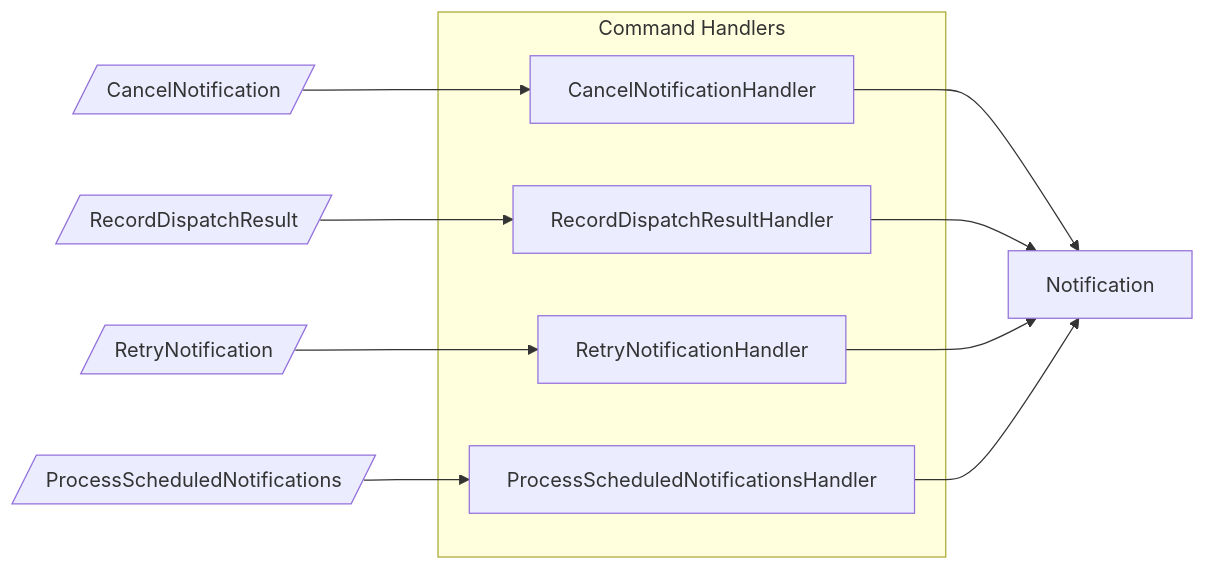
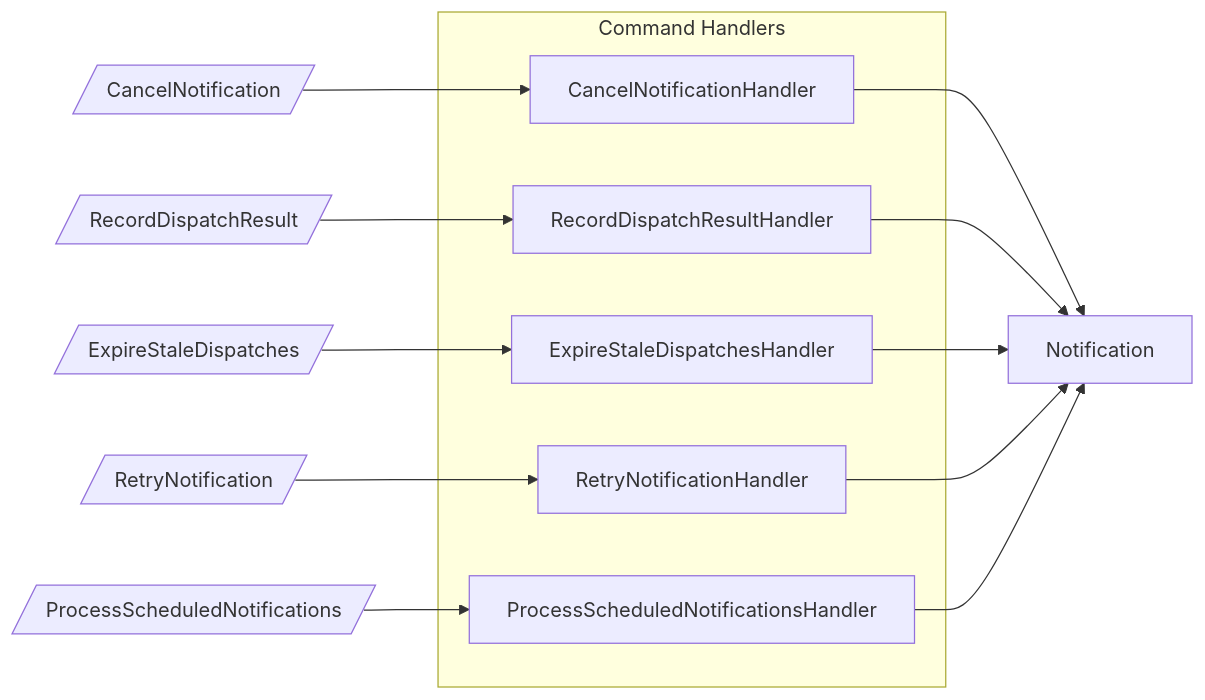
One commit to proteanhq/shopstream changed the first of 9 diagrams in docs/notifications/handler-wiring.md. Above: the diagram before and after it, drawn with Mermaid. The commit also changed other lines of this file and 61 other files, not shown here.

First line of the commit message:
Claim a notification before its send, and send retried notifications again (#130)

````diff
--- a/docs/notifications/handler-wiring.md
+++ b/docs/notifications/handler-wiring.md
@@ -3,17 +3,20 @@
 ```mermaid
 flowchart LR
     subgraph command_handlers["Command Handlers"]
         ch_notifications_notification_cancellation_CancelNotificationHandler[CancelNotificationHandler]
         ch_notifications_notification_dispatch_RecordDispatchResultHandler[RecordDispatchResultHandler]
+        ch_notifications_notification_dispatch_expiry_ExpireStaleDispatchesHandler[ExpireStaleDispatchesHandler]
         ch_notifications_notification_retry_RetryNotificationHandler[RetryNotificationHandler]
         ch_notifications_notification_scheduler_ProcessScheduledNotificationsHandler[ProcessScheduledNotificationsHandler]
     end
     cmd_notifications_notification_cancellation_CancelNotification[/CancelNotification/] --> ch_notifications_notification_cancellation_CancelNotificationHandler
     ch_notifications_notification_cancellation_CancelNotificationHandler --> agg_notifications_notification_notification_Notification[Notification]
     cmd_notifications_notification_dispatch_RecordDispatchResult[/RecordDispatchResult/] --> ch_notifications_notification_dispatch_RecordDispatchResultHandler
     ch_notifications_notification_dispatch_RecordDispatchResultHandler --> agg_notifications_notification_notification_Notification[Notification]
+    cmd_notifications_notification_dispatch_expiry_ExpireStaleDispatches[/ExpireStaleDispatches/] --> ch_notifications_notification_dispatch_expiry_ExpireStaleDispatchesHandler
+    ch_notifications_notification_dispatch_expiry_ExpireStaleDispatchesHandler --> agg_notifications_notification_notification_Notification[Notification]
     cmd_notifications_notification_retry_RetryNotification[/RetryNotification/] --> ch_notifications_notification_retry_RetryNotificationHandler
     ch_notifications_notification_retry_RetryNotificationHandler --> agg_notifications_notification_notification_Notification[Notification]
     cmd_notifications_notification_scheduler_ProcessScheduledNotifications[/ProcessScheduledNotifications/] --> ch_notifications_notification_scheduler_ProcessScheduledNotificationsHandler
     ch_notifications_notification_scheduler_ProcessScheduledNotificationsHandler --> agg_notifications_notification_notification_Notification[Notification]
 ```
````
